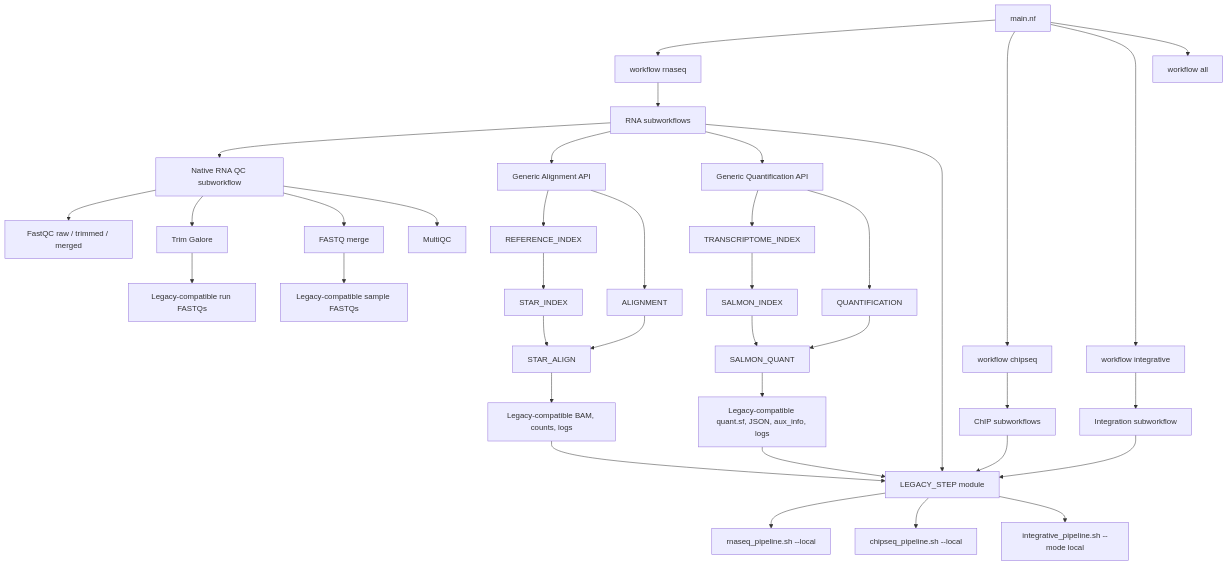
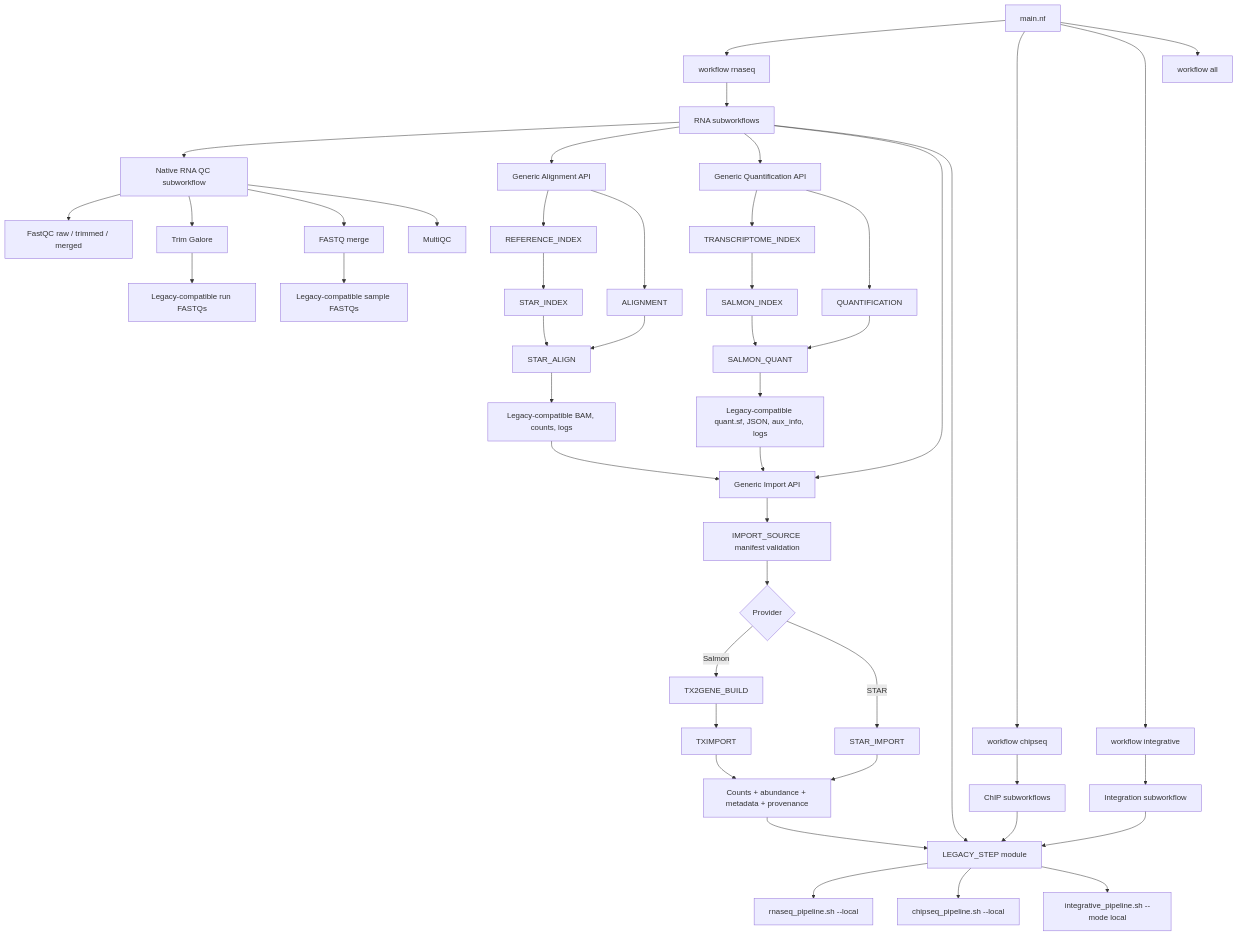
One commit to GMiguelAlves/HelixForge changed the diagram in docs/architecture.md. Above: the diagram before and after it, drawn with Mermaid. The commit also changed other lines of this file and 9 other files, not shown here.

````diff
--- a/docs/architecture.md
+++ b/docs/architecture.md
@@ -3,42 +3,51 @@
 ```mermaid
 flowchart TB
     MAIN["main.nf"] --> RNA["workflow rnaseq"]
     MAIN --> CHIP["workflow chipseq"]
     MAIN --> INT["workflow integrative"]
     MAIN --> ALL["workflow all"]
 
     RNA --> RSW["RNA subworkflows"]
     CHIP --> CSW["ChIP subworkflows"]
     INT --> ISW["Integration subworkflow"]
 
     RSW --> QC["Native RNA QC subworkflow"]
     RSW --> RNAALIGN["Generic Alignment API"]
     RSW --> RNAQUANT["Generic Quantification API"]
+    RSW --> RNAIMPORT["Generic Import API"]
     RSW --> WRAP["LEGACY_STEP module"]
     CSW --> WRAP
     ISW --> WRAP
 
     WRAP --> RB["rnaseq_pipeline.sh --local"]
     WRAP --> CB["chipseq_pipeline.sh --local"]
     WRAP --> IB["integrative_pipeline.sh --mode local"]
     QC --> FASTQC["FastQC raw / trimmed / merged"]
     QC --> TRIM["Trim Galore"]
     QC --> MERGE["FASTQ merge"]
     QC --> MULTIQC["MultiQC"]
     RNAALIGN --> REFINDEX["REFERENCE_INDEX"]
     REFINDEX --> STARINDEX["STAR_INDEX"]
     RNAALIGN --> ALIGN["ALIGNMENT"]
     ALIGN --> STARALIGN["STAR_ALIGN"]
     STARINDEX --> STARALIGN
     STARALIGN --> STAROUT["Legacy-compatible BAM, counts, logs"]
     RNAQUANT --> TRANSCRIPTINDEX["TRANSCRIPTOME_INDEX"]
     TRANSCRIPTINDEX --> SALMONINDEX["SALMON_INDEX"]
     RNAQUANT --> QUANTIFY["QUANTIFICATION"]
     QUANTIFY --> SALMONQUANT["SALMON_QUANT"]
     SALMONINDEX --> SALMONQUANT
     SALMONQUANT --> SALMONOUT["Legacy-compatible quant.sf, JSON, aux_info, logs"]
-    STAROUT --> WRAP
-    SALMONOUT --> WRAP
+    STAROUT --> RNAIMPORT
+    SALMONOUT --> RNAIMPORT
+    RNAIMPORT --> SOURCE["IMPORT_SOURCE manifest validation"]
+    SOURCE --> PROVIDER{"Provider"}
+    PROVIDER -->|Salmon| TX2GENE["TX2GENE_BUILD"]
+    TX2GENE --> TXIMPORT["TXIMPORT"]
+    PROVIDER -->|STAR| STARIMPORT["STAR_IMPORT"]
+    TXIMPORT --> COMMON["Counts + abundance + metadata + provenance"]
+    STARIMPORT --> COMMON
+    COMMON --> WRAP
     TRIM --> TRIMMED["Legacy-compatible run FASTQs"]
     MERGE --> MERGED["Legacy-compatible sample FASTQs"]
 ```
````
